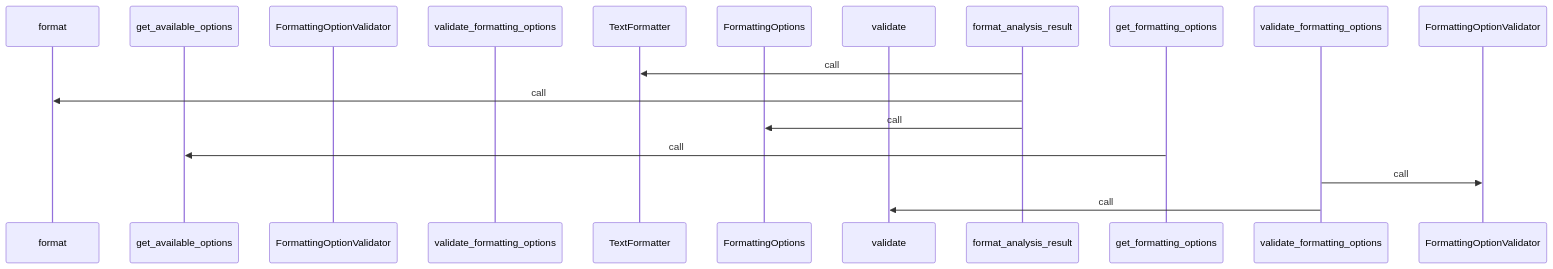
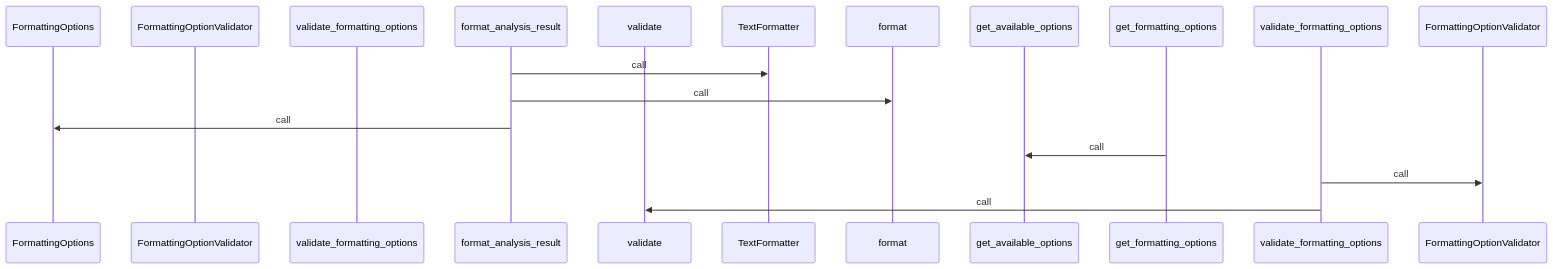
The sixth of 7 diagrams in generated_docs/rule_analyzer/formatters/__init__.md (yeonjae-personal/codemuse-backend), drawn with Mermaid before and after one commit. The commit also changed other lines of this file and 3991 other files, not shown here.

First line of the commit message:
feat: 워크플로우 개선 및 핵심 문서 자동 생성 구현

````diff
--- a/generated_docs/rule_analyzer/formatters/__init__.md
+++ b/generated_docs/rule_analyzer/formatters/__init__.md
@@ -251,18 +251,18 @@
 ```mermaid
 sequenceDiagram
+  participant FormattingOptions as FormattingOptions
+  participant FormattingOptionValidato as FormattingOptionValidator
+  participant validate_formatting_opti as validate_formatting_options
+  participant format_analysis_result as format_analysis_result
+  participant validate as validate
+  participant TextFormatter as TextFormatter
   participant format as format
   participant get_available_options as get_available_options
-  participant FormattingOptionValidato as FormattingOptionValidator
-  participant validate_formatting_opti as validate_formatting_options
-  participant TextFormatter as TextFormatter
-  participant FormattingOptions as FormattingOptions
-  participant validate as validate
-  participant format_analysis_result as format_analysis_result
   participant get_formatting_options as get_formatting_options
   format_analysis_result->>TextFormatter: call
   format_analysis_result->>format: call
   format_analysis_result->>FormattingOptions: call
   get_formatting_options->>get_available_options: call
   validate_formatting_options->>FormattingOptionValidator: call
   validate_formatting_options->>validate: call
 ```
````
